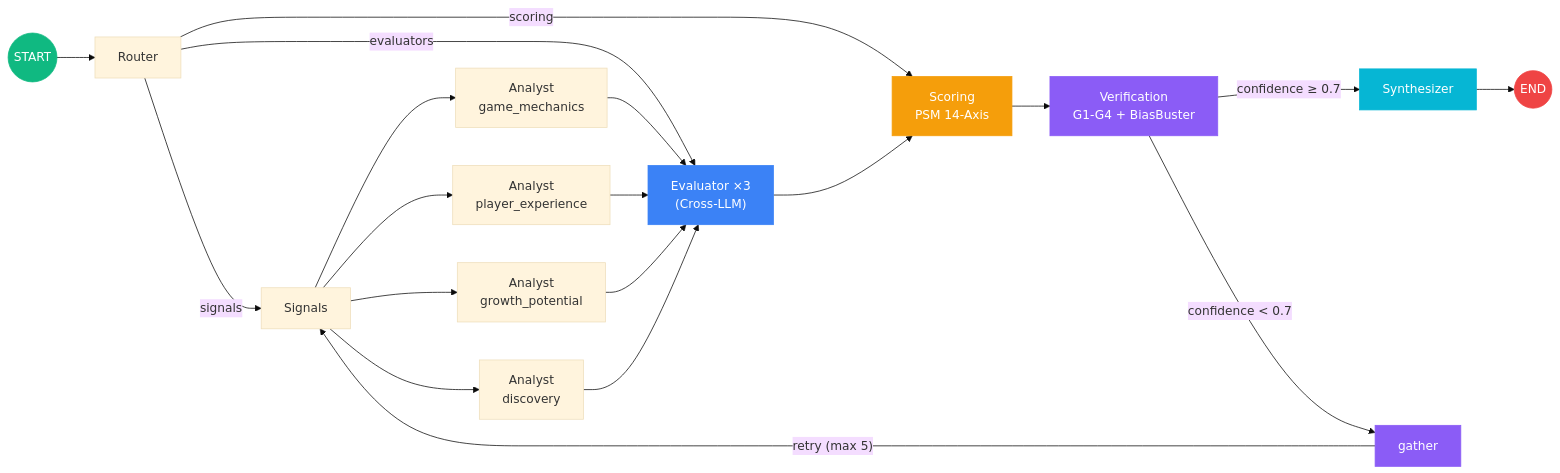
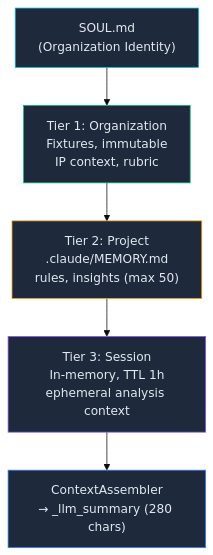
Before and after one commit to mangowhoiscloud/geode: the eighth of 11 diagrams in README.md, drawn with Mermaid (base theme). The commit also changed other lines of this file, not shown here.

First line of the commit message:
docs: README 재구조화 — 자율 에이전트 Identity 중심 정돈 (1020→644줄)

````diff
--- a/README.md
+++ b/README.md
@@ -691,29 +343,13 @@
 ```mermaid
-graph LR
-    START((START)) --> Router
-    Router -->|"signals"| Signals
-    Router -->|"evaluators"| Eval
-    Router -->|"scoring"| Scoring
-    Signals --> A1["Analyst<br/>game_mechanics"]
-    Signals --> A2["Analyst<br/>player_experience"]
-    Signals --> A3["Analyst<br/>growth_potential"]
-    Signals --> A4["Analyst<br/>discovery"]
-    A1 --> Eval["Evaluator ×3<br/>(Cross-LLM)"]
-    A2 --> Eval
-    A3 --> Eval
-    A4 --> Eval
-    Eval --> Scoring["Scoring<br/>PSM 14-Axis"]
-    Scoring --> Verify["Verification<br/>G1-G4 + BiasBuster"]
-    Verify -->|"confidence ≥ 0.7"| Synth["Synthesizer"]
-    Verify -->|"confidence < 0.7"| Gather["gather"]
-    Gather -->|"retry (max 5)"| Signals
-    Synth --> END((END))
+graph TB
+    Soul["SOUL.md<br/>(Organization Identity)"] --> Org["Tier 1: Organization<br/>Fixtures, immutable<br/>IP context, rubric"]
+    Org --> Proj["Tier 2: Project<br/>.claude/MEMORY.md<br/>rules, insights (max 50)"]
+    Proj --> Sess["Tier 3: Session<br/>In-memory, TTL 1h<br/>ephemeral analysis context"]
+    Sess --> Asm["ContextAssembler<br/>→ _llm_summary (280 chars)"]
 
-    style START fill:#10b981,stroke:#10b981,color:#fff
-    style END fill:#ef4444,stroke:#ef4444,color:#fff
-    style Gather fill:#8b5cf6,stroke:#8b5cf6,color:#fff
-    style Eval fill:#3b82f6,stroke:#3b82f6,color:#fff
-    style Scoring fill:#f59e0b,stroke:#f59e0b,color:#fff
-    style Verify fill:#8b5cf6,stroke:#8b5cf6,color:#fff
-    style Synth fill:#06b6d4,stroke:#06b6d4,color:#fff
+    style Soul fill:#1e293b,stroke:#06b6d4,color:#e2e8f0
+    style Org fill:#1e293b,stroke:#10b981,color:#e2e8f0
+    style Proj fill:#1e293b,stroke:#f59e0b,color:#e2e8f0
+    style Sess fill:#1e293b,stroke:#8b5cf6,color:#e2e8f0
+    style Asm fill:#1e293b,stroke:#3b82f6,color:#e2e8f0
 ```
````
